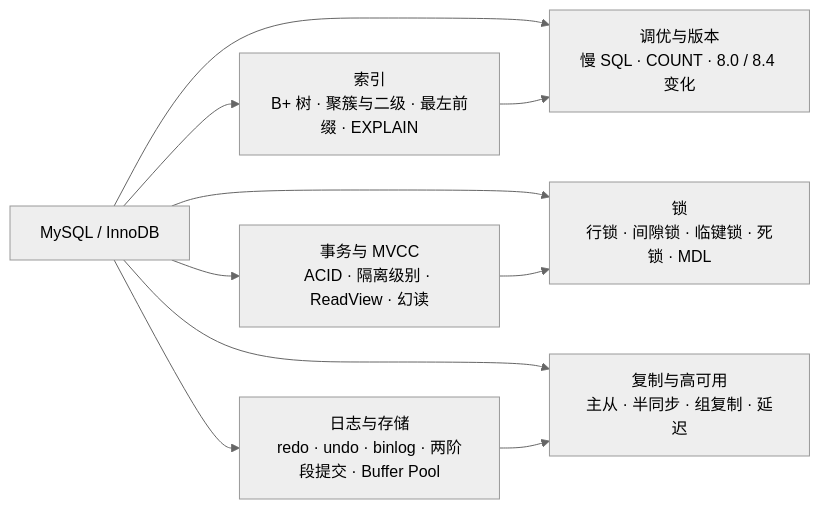
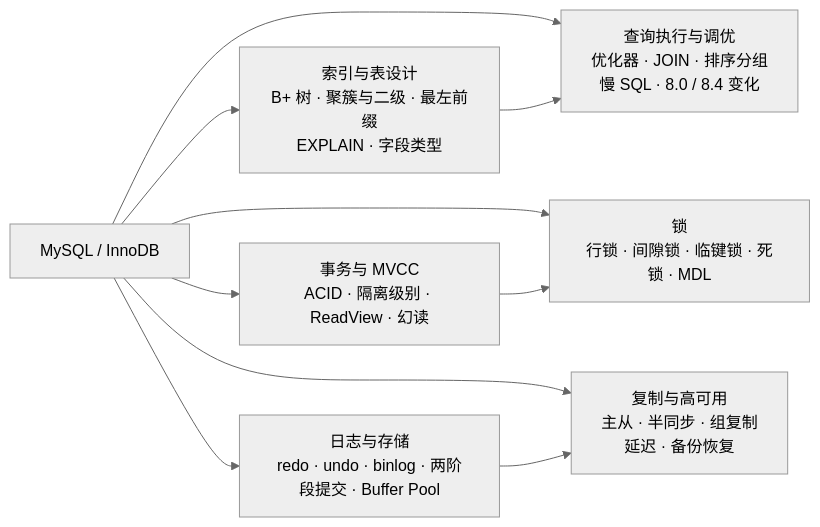
One commit to liulangjietou/interview changed the first of 13 diagrams in 04-数据存储/15-MySQL.md. Above: the diagram before and after it, drawn with Mermaid (neutral theme). The commit also changed other lines of this file and 5 other files, not shown here.

````diff
--- a/04-数据存储/15-MySQL.md
+++ b/04-数据存储/15-MySQL.md
@@ -10,12 +10,12 @@
 ```mermaid
 flowchart LR
-    ROOT["MySQL / InnoDB"] --> IDX["索引<br/>B+ 树 · 聚簇与二级 · 最左前缀 · EXPLAIN"]
+    ROOT["MySQL / InnoDB"] --> IDX["索引与表设计<br/>B+ 树 · 聚簇与二级 · 最左前缀<br/>EXPLAIN · 字段类型"]
     ROOT --> TX["事务与 MVCC<br/>ACID · 隔离级别 · ReadView · 幻读"]
     ROOT --> LOCK["锁<br/>行锁 · 间隙锁 · 临键锁 · 死锁 · MDL"]
     ROOT --> LOG["日志与存储<br/>redo · undo · binlog · 两阶段提交 · Buffer Pool"]
-    ROOT --> REP["复制与高可用<br/>主从 · 半同步 · 组复制 · 延迟"]
-    ROOT --> OPT["调优与版本<br/>慢 SQL · COUNT · 8.0 / 8.4 变化"]
+    ROOT --> REP["复制与高可用<br/>主从 · 半同步 · 组复制<br/>延迟 · 备份恢复"]
+    ROOT --> OPT["查询执行与调优<br/>优化器 · JOIN · 排序分组<br/>慢 SQL · 8.0 / 8.4 变化"]
     IDX --> OPT
     TX --> LOCK
     LOG --> REP
 ```
````
